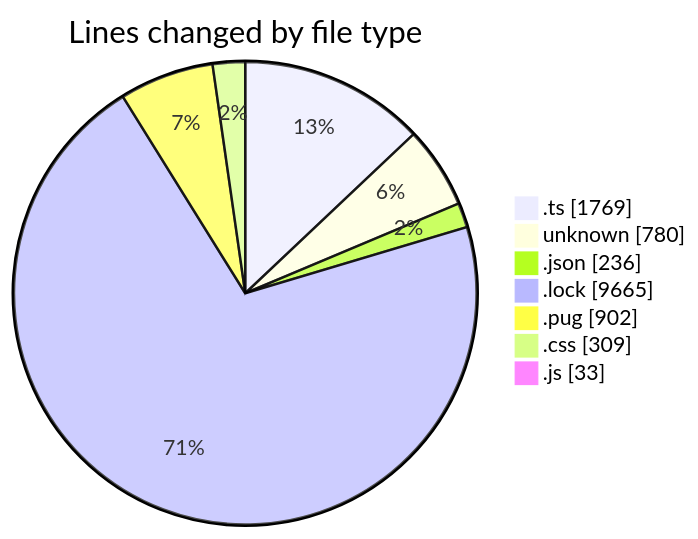
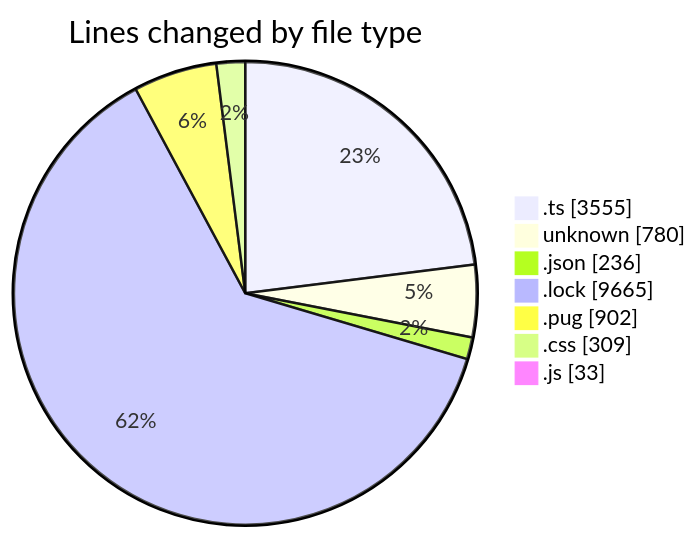
Before and after one commit to momahboobian/code-tracking: the first of 2 diagrams in 2026-05-22/cda/README.md, drawn with Mermaid. The commit also changed other lines of this file and 1 other file, not shown here.

````diff
--- a/2026-05-22/cda/README.md
+++ b/2026-05-22/cda/README.md
@@ -39,11 +40,11 @@
 ```mermaid
 pie showData
 title Lines changed by file type
-".ts" : 1769
+".ts" : 3555
 "unknown" : 780
 ".json" : 236
 ".lock" : 9665
 ".pug" : 902
 ".css" : 309
 ".js" : 33
 ```
````
